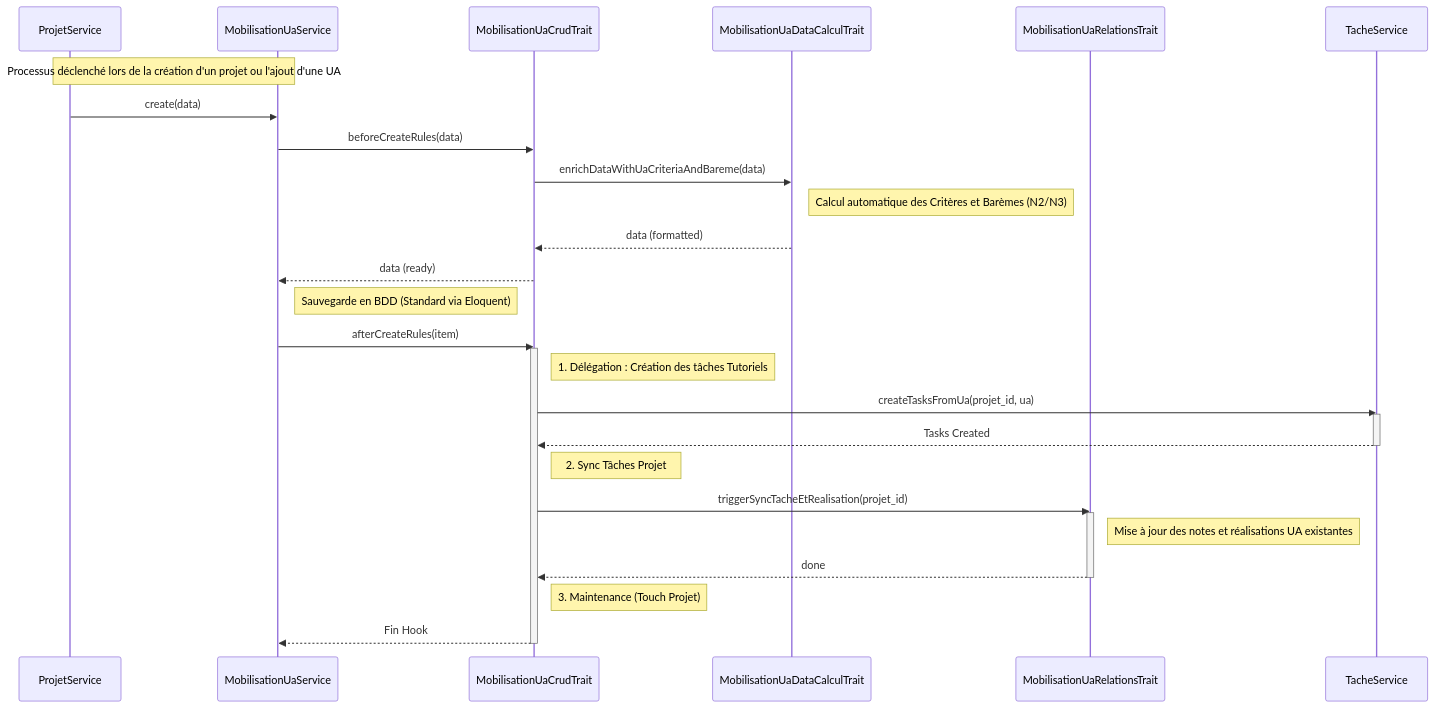
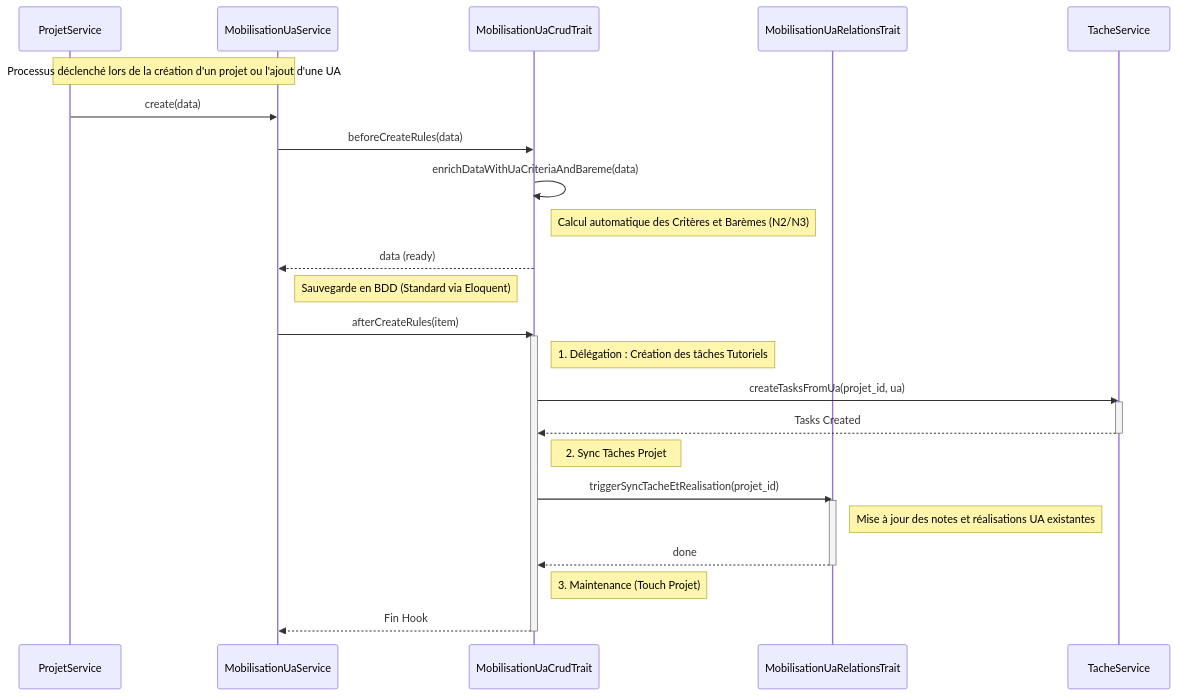
Before and after one commit to solicode-lms/app: the diagram in docs/1.scenarios/PkgCreationProjet/MobilisationUa/mobilisation_ua_creation.scenario.mmd, drawn with Mermaid.

```diff
--- a/docs/1.scenarios/PkgCreationProjet/MobilisationUa/mobilisation_ua_creation.scenario.mmd
+++ b/docs/1.scenarios/PkgCreationProjet/MobilisationUa/mobilisation_ua_creation.scenario.mmd
@@ -1,39 +1,37 @@
 sequenceDiagram
     participant PS as ProjetService
     participant MS as MobilisationUaService
     participant MCT as MobilisationUaCrudTrait
-    participant MDCT as MobilisationUaDataCalculTrait
     participant MRT as MobilisationUaRelationsTrait
     participant TS as TacheService
-    
+
     Note over PS, MS: Processus déclenché lors de la création d'un projet ou l'ajout d'une UA
 
     PS->>MS: create(data)
     MS->>MCT: beforeCreateRules(data)
-    MCT->>MDCT: enrichDataWithUaCriteriaAndBareme(data)
-    Note right of MDCT: Calcul automatique des Critères et Barèmes (N2/N3)
-    MDCT-->>MCT: data (formatted)
+    MCT->>MCT: enrichDataWithUaCriteriaAndBareme(data)
+    Note right of MCT: Calcul automatique des Critères et Barèmes (N2/N3)
     MCT-->>MS: data (ready)
 
     Note right of MS: Sauvegarde en BDD (Standard via Eloquent)
 
     MS->>MCT: afterCreateRules(item)
     activate MCT
-    
+
     Note right of MCT: 1. Délégation : Création des tâches Tutoriels
     MCT->>TS: createTasksFromUa(projet_id, ua)
     activate TS
     TS-->>MCT: Tasks Created
     deactivate TS
 
     Note right of MCT: 2. Sync Tâches Projet
     MCT->>MRT: triggerSyncTacheEtRealisation(projet_id)
     activate MRT
     Note right of MRT: Mise à jour des notes et réalisations UA existantes
     MRT-->>MCT: done
     deactivate MRT
 
     Note right of MCT: 3. Maintenance (Touch Projet)
-    
+
     MCT-->>MS: Fin Hook
     deactivate MCT
```
